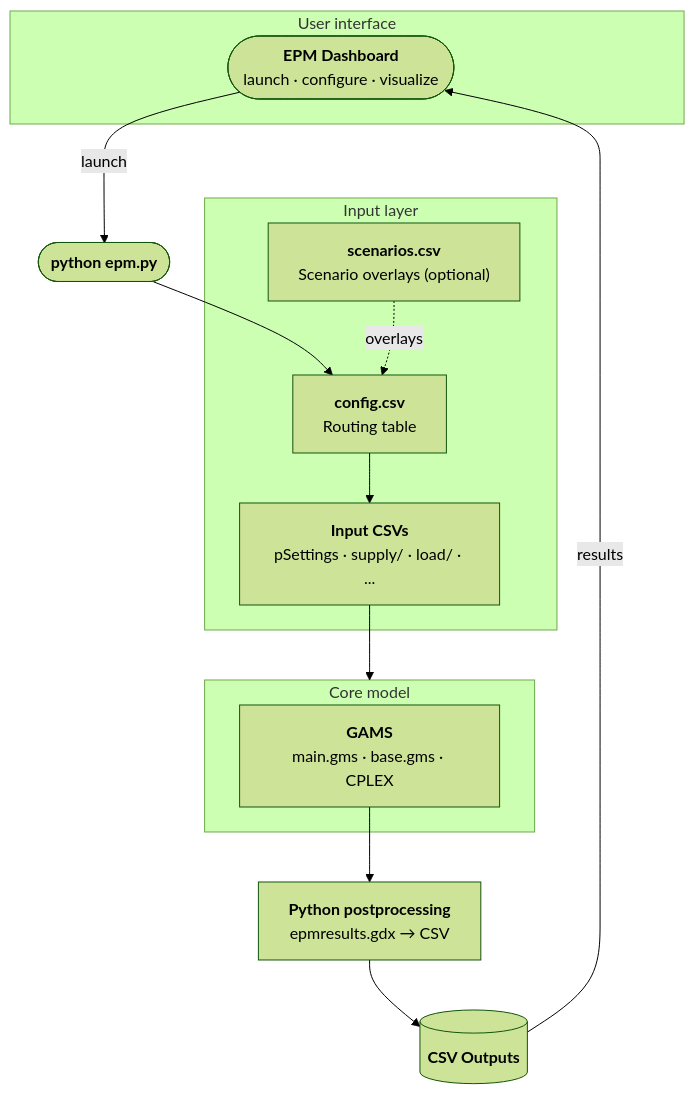
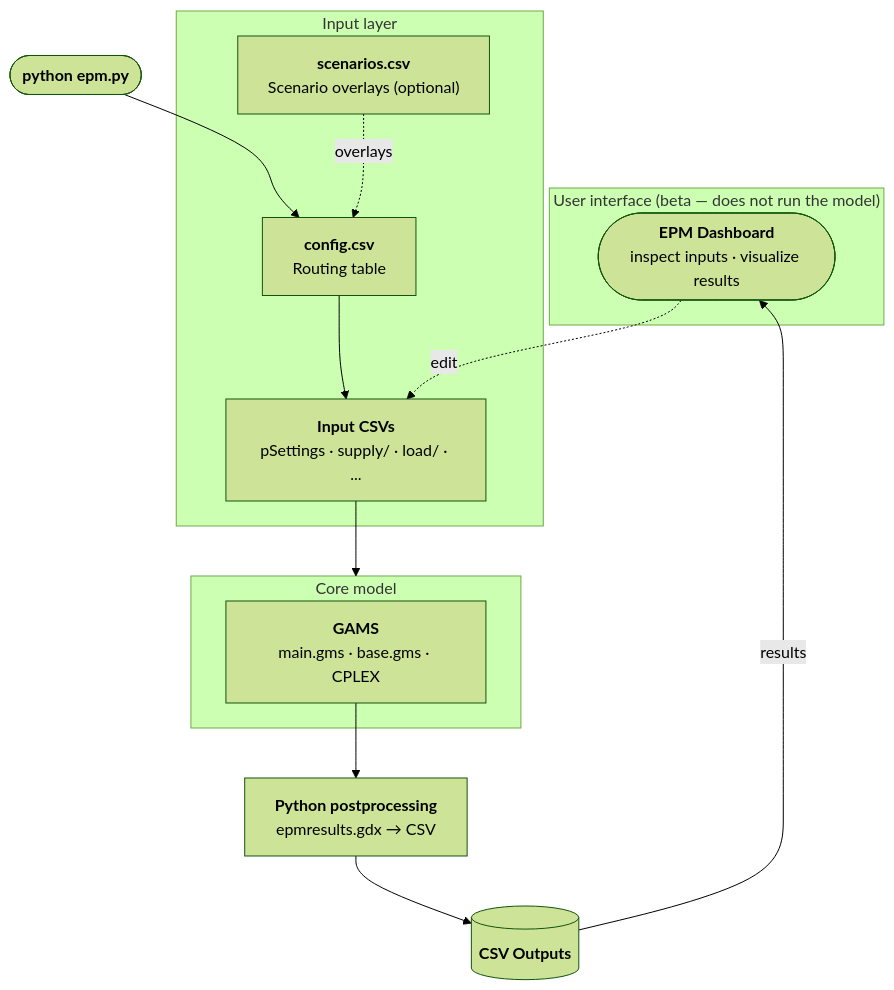
The diagram in docs/introduction/introduction_workflow.md (ESMAP-World-Bank-Group/EPM), drawn with Mermaid (forest theme) before and after one commit. The commit also changed other lines of this file and 14 other files, not shown here.

````diff
--- a/docs/introduction/introduction_workflow.md
+++ b/docs/introduction/introduction_workflow.md
@@ -56,30 +58,30 @@
     ```mermaid
     flowchart TD
-        subgraph ui ["User interface\n"]
-            DASH(["<b>EPM Dashboard</b>\nlaunch · configure · visualize"])
+        subgraph ui ["User interface (beta — does not run the model)\n"]
+            DASH(["<b>EPM Dashboard</b>\ninspect inputs · visualize results"])
         end
 
         CLI(["<b>python epm.py</b>"])
 
         subgraph inputs ["Input layer"]
             CONFIG["<b>config.csv</b>\nRouting table"]
             SCEN["<b>scenarios.csv</b>\nScenario overlays (optional)"]
             CSV["<b>Input CSVs</b>\npSettings · supply/ · load/ · ..."]
         end
 
         subgraph core ["Core model\n"]
             GAMS["<b>GAMS</b>\nmain.gms · base.gms · CPLEX"]
         end
 
         POST["<b>Python postprocessing</b>\nepmresults.gdx → CSV"]
         OUT[("<b>CSV Outputs</b>")]
 
-        DASH -->|launch| CLI
         CLI --> CONFIG
         SCEN -.->|overlays| CONFIG
         CONFIG --> CSV
         CSV --> core
         GAMS --> POST
         POST --> OUT
+        DASH -.->|edit| CSV
         OUT -->|results| DASH
     ```
````
